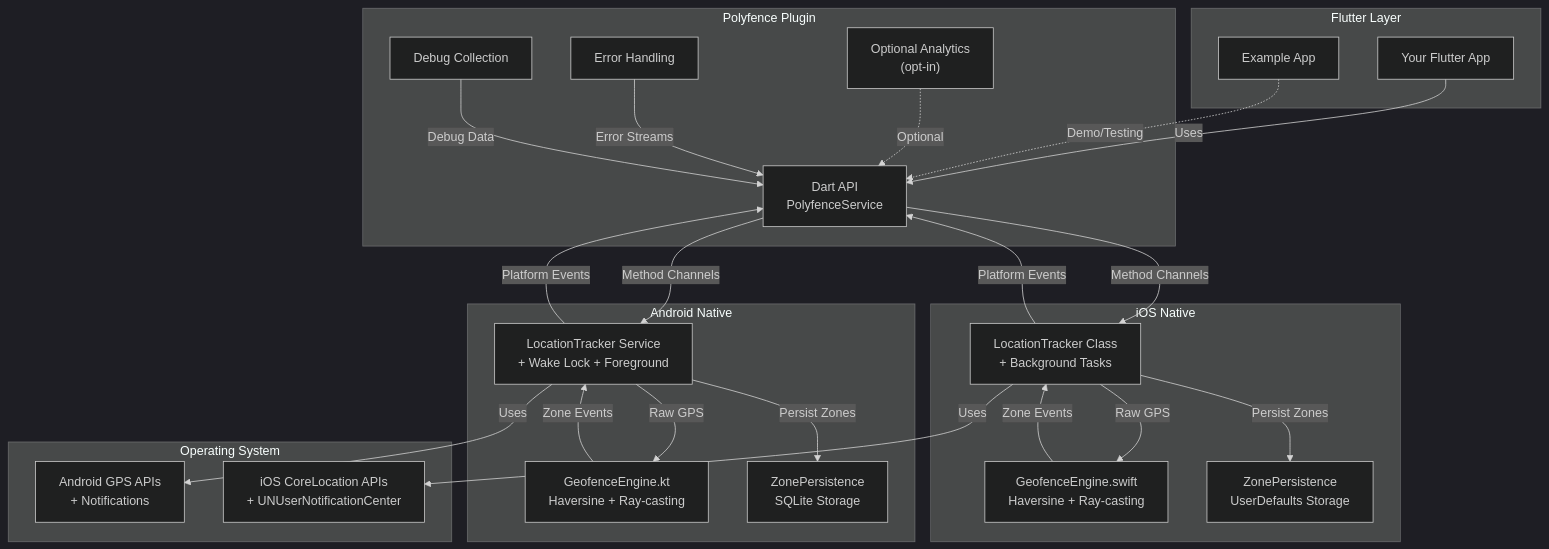
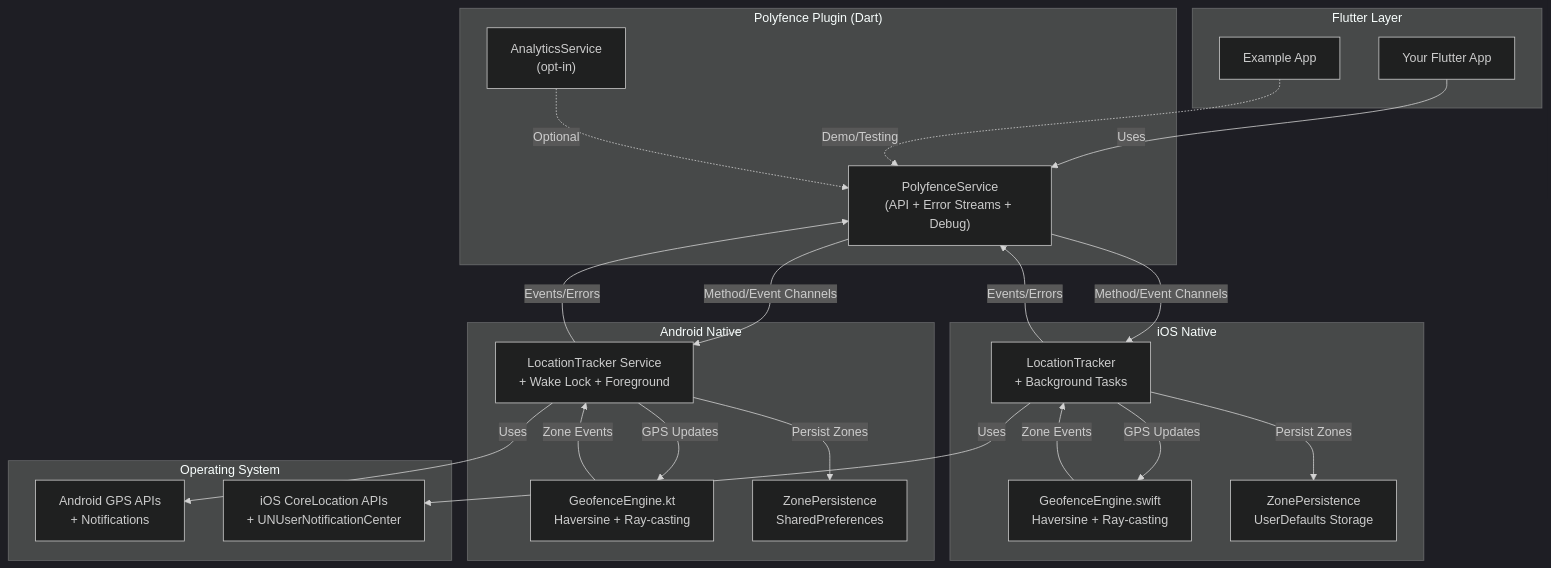
Before and after one commit to polyfence/polyfence-flutter: the diagram in README.md, drawn with Mermaid (dark theme). The commit also changed other lines of this file and 1 other file, not shown here.

````diff
--- a/README.md
+++ b/README.md
@@ -210,54 +274,50 @@
 ```mermaid
 flowchart TB
   subgraph Flutter["Flutter Layer"]
     A["Your Flutter App"]
     X["Example App"]
   end
 
-  subgraph Plugin["Polyfence Plugin"]
-    B["Dart API<br/>PolyfenceService"]
-    C["Error Handling"]
-    D["Debug Collection"]
-    E["Optional Analytics<br/>(opt-in)"]
+  subgraph Plugin["Polyfence Plugin (Dart)"]
+    B["PolyfenceService<br/>(API + Error Streams + Debug)"]
+    E["AnalyticsService<br/>(opt-in)"]
   end
 
   subgraph AndroidNative["Android Native"]
     F["LocationTracker Service<br/>+ Wake Lock + Foreground"]
     G["GeofenceEngine.kt<br/>Haversine + Ray-casting"]
-    H["ZonePersistence<br/>SQLite Storage"]
+    H["ZonePersistence<br/>SharedPreferences"]
   end
 
   subgraph iOSNative["iOS Native"]
-    I["LocationTracker Class<br/>+ Background Tasks"]
+    I["LocationTracker<br/>+ Background Tasks"]
     J["GeofenceEngine.swift<br/>Haversine + Ray-casting"]
     K["ZonePersistence<br/>UserDefaults Storage"]
   end
 
   subgraph OS["Operating System"]
     L["Android GPS APIs<br/>+ Notifications"]
     M["iOS CoreLocation APIs<br/>+ UNUserNotificationCenter"]
   end
 
   A -->|Uses| B
   X -.->|Demo/Testing| B
   E -.->|Optional| B
 
-  B -->|Method Channels| F
-  B -->|Method Channels| I
-  C -->|Error Streams| B
-  D -->|Debug Data| B
+  B -->|Method/Event Channels| F
+  B -->|Method/Event Channels| I
 
-  F -->|Raw GPS| G
-  I -->|Raw GPS| J
+  F -->|GPS Updates| G
+  I -->|GPS Updates| J
   G -->|Zone Events| F
   J -->|Zone Events| I
 
   F -->|Persist Zones| H
   I -->|Persist Zones| K
 
-  F -->|Platform Events| B
-  I -->|Platform Events| B
+  F -->|Events/Errors| B
+  I -->|Events/Errors| B
 
   F -->|Uses| L
   I -->|Uses| M
 ```
````
